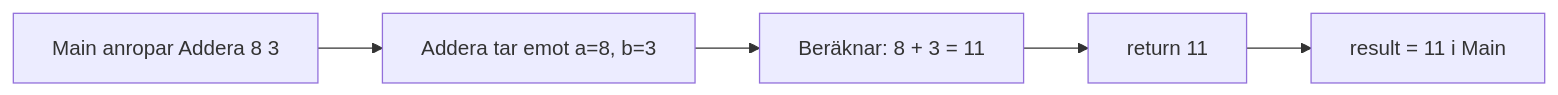
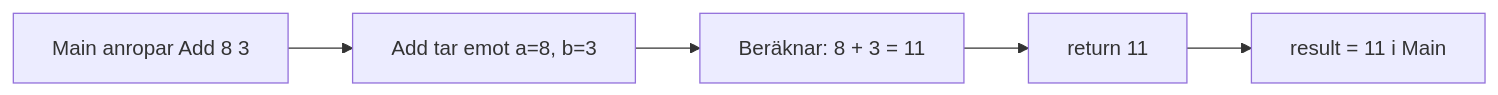
The first of 2 diagrams in docs/metoder/metoder-kurs.md (marcusjobb/programmering-csharp), drawn with Mermaid before and after one commit. The commit also changed other lines of this file and 22 other files, not shown here.

````diff
--- a/docs/metoder/metoder-kurs.md
+++ b/docs/metoder/metoder-kurs.md
@@ -98,7 +98,7 @@
 ```mermaid
 flowchart LR
-    A[Main anropar Addera 8 3] --> B[Addera tar emot a=8, b=3]
+    A[Main anropar Add 8 3] --> B[Add tar emot a=8, b=3]
     B --> C[Beräknar: 8 + 3 = 11]
     C --> D[return 11]
     D --> E[result = 11 i Main]
 ```
````
